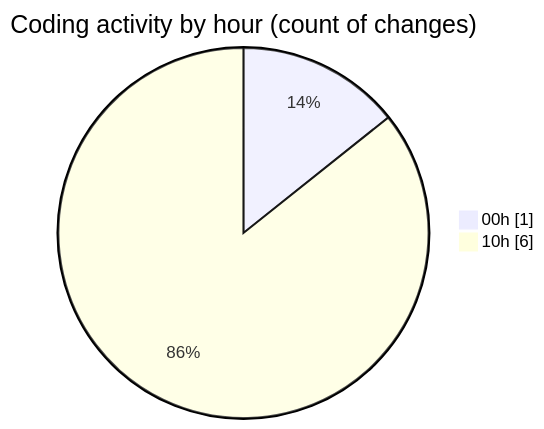
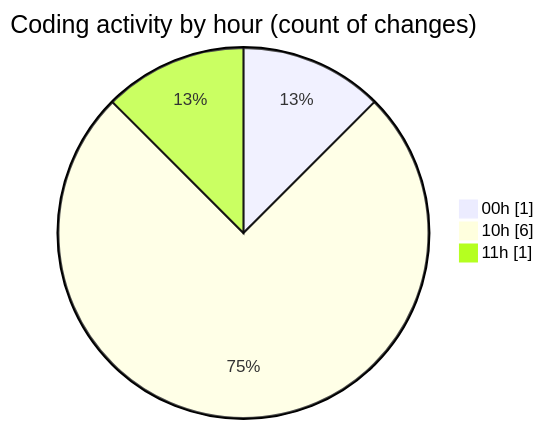
Before and after one commit to JenPaints/code-tracking: the second of 2 diagrams in 2025-07-25/cohera/README.md, drawn with Mermaid. The commit also changed other lines of this file and 1 other file, not shown here.

````diff
--- a/2025-07-25/cohera/README.md
+++ b/2025-07-25/cohera/README.md
@@ -33,6 +33,7 @@
 ```mermaid
 pie showData
 title Coding activity by hour (count of changes)
 "00h" : 1
 "10h" : 6
+"11h" : 1
 ```
````
